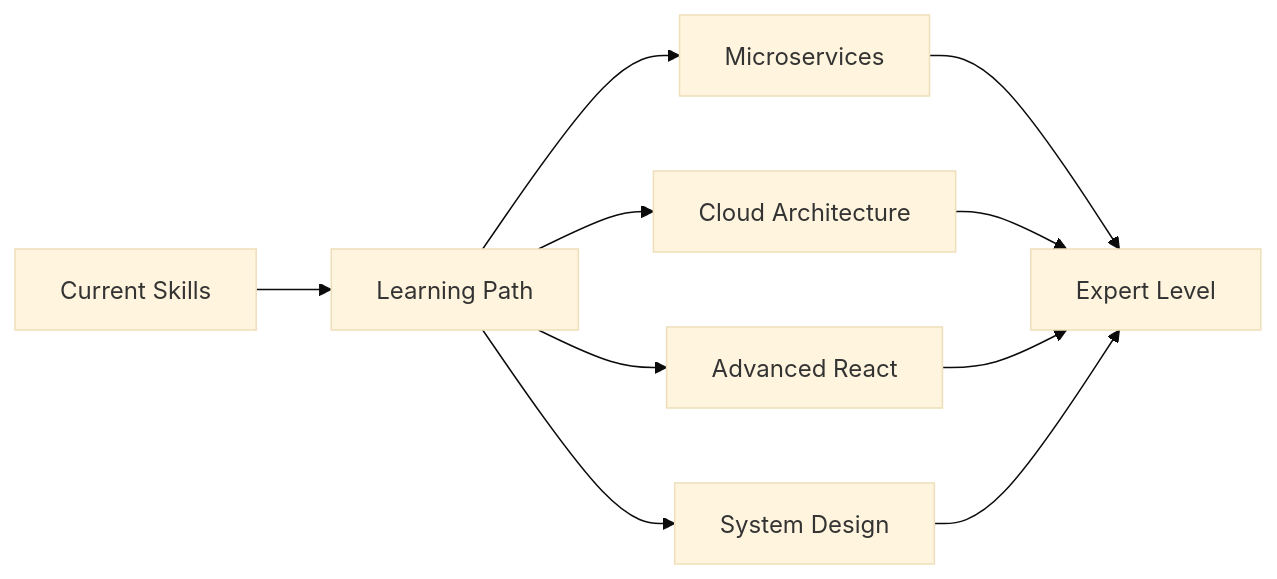
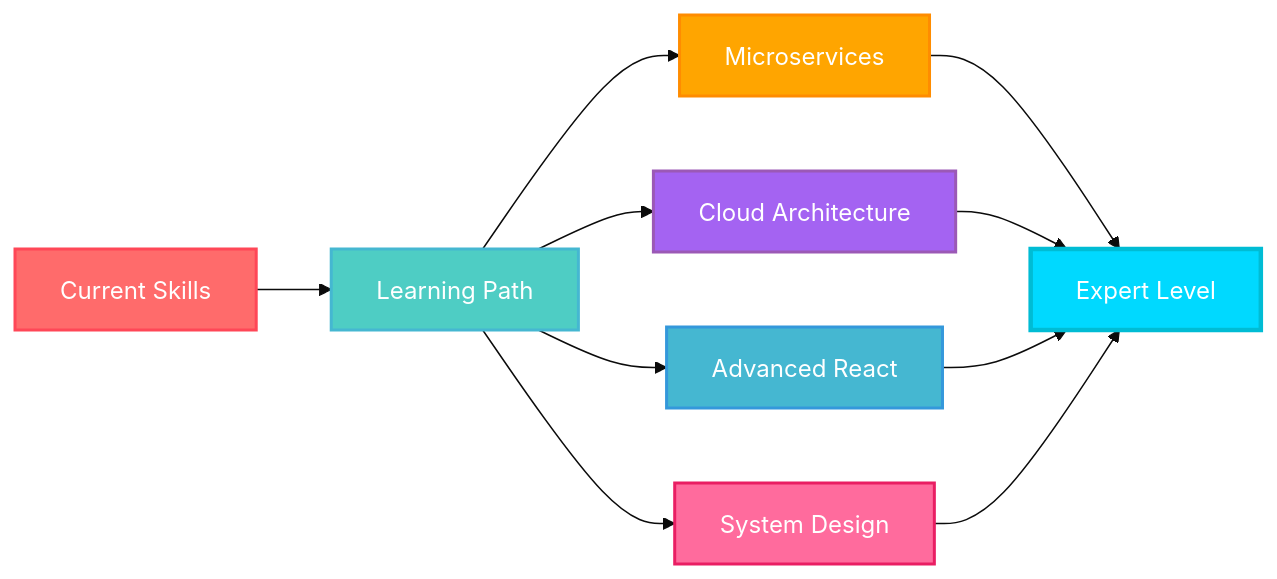
One commit to NavodaLakshika/NavodaLakshika changed the diagram in README.md. Above: the diagram before and after it, drawn with Mermaid (base theme). The commit also changed other lines of this file, not shown here.

````diff
--- a/README.md
+++ b/README.md
@@ -351,12 +345,20 @@
 ```mermaid
 graph LR
     A[Current Skills] --> B[Learning Path]
     B --> C[Microservices]
     B --> D[Cloud Architecture]
     B --> E[Advanced React]
     B --> F[System Design]
     C --> G[Expert Level]
     D --> G
     E --> G
     F --> G
+    
+    style A fill:#FF6B6B,stroke:#FF4757,stroke-width:2px,color:#fff
+    style B fill:#4ECDC4,stroke:#45B7D1,stroke-width:2px,color:#fff
+    style C fill:#FFA500,stroke:#FF8C00,stroke-width:2px,color:#fff
+    style D fill:#A463F2,stroke:#9B59B6,stroke-width:2px,color:#fff
+    style E fill:#45B7D1,stroke:#3498DB,stroke-width:2px,color:#fff
+    style F fill:#FF6B9D,stroke:#E91E63,stroke-width:2px,color:#fff
+    style G fill:#00D9FF,stroke:#00BCD4,stroke-width:3px,color:#fff
 ```
````
